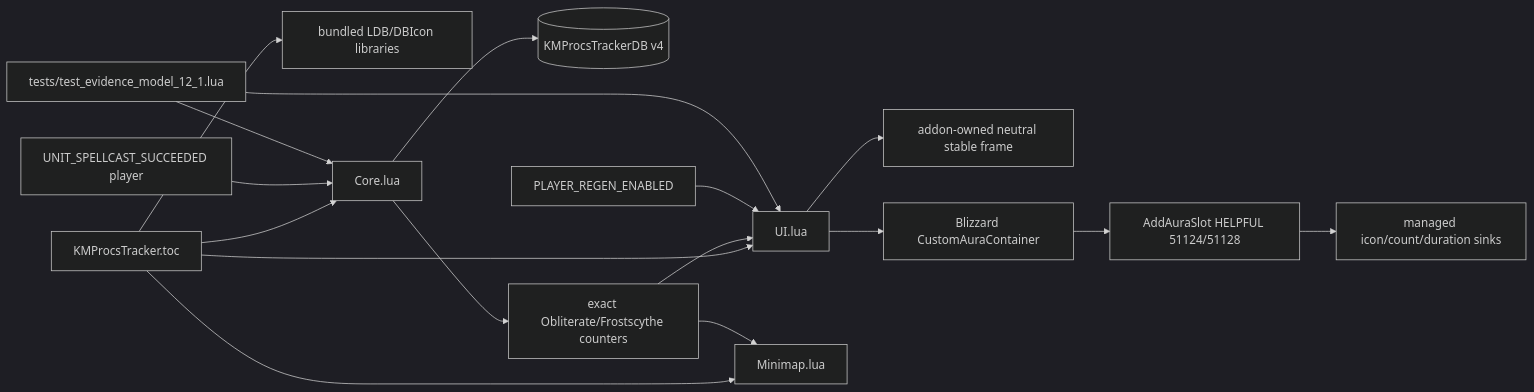
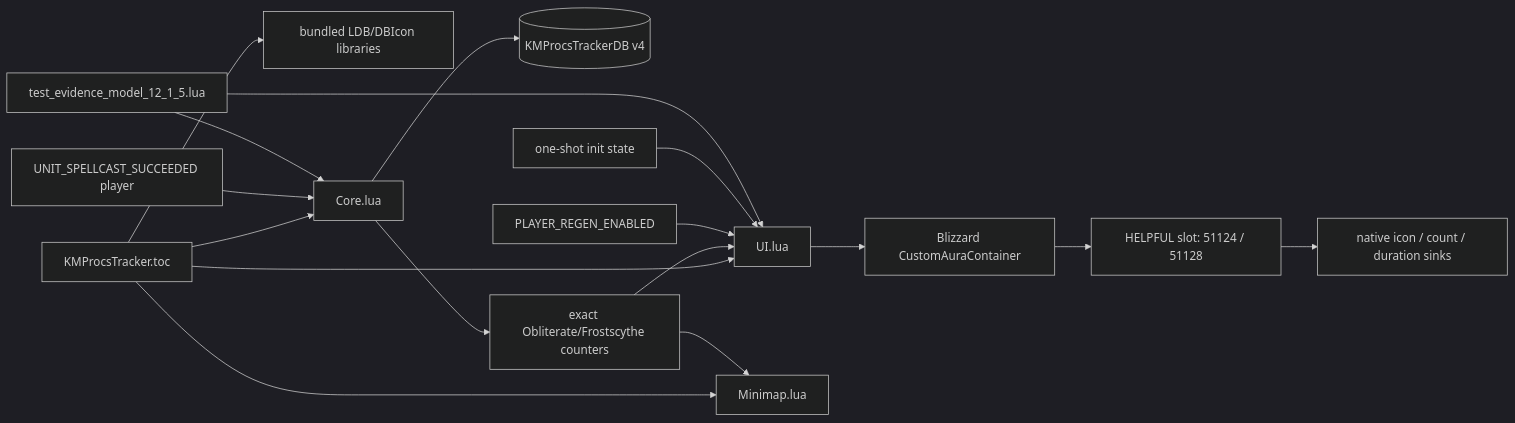
One commit to UnknownAlienHuman/km-procs-tracker changed the diagram in CODE_GRAPH.md. Above: the diagram before and after it, drawn with Mermaid (dark theme). The commit also changed other lines of this file and 10 other files, not shown here.

````diff
--- a/CODE_GRAPH.md
+++ b/CODE_GRAPH.md
@@ -3,19 +3,19 @@
 ```mermaid
 flowchart LR
   T["KMProcsTracker.toc"] --> L["bundled LDB/DBIcon libraries"]
   T --> C["Core.lua"]
   T --> U["UI.lua"]
   T --> M["Minimap.lua"]
   C --> DB[("KMProcsTrackerDB v4")]
   E["UNIT_SPELLCAST_SUCCEEDED player"] --> C
   C --> X["exact Obliterate/Frostscythe counters"]
   X --> U
   X --> M
-  U --> S["addon-owned neutral stable frame"]
   U --> A["Blizzard CustomAuraContainer"]
-  A --> AS["AddAuraSlot HELPFUL 51124/51128"]
-  AS --> D["managed icon/count/duration sinks"]
+  A --> S["HELPFUL slot: 51124 / 51128"]
+  S --> D["native icon / count / duration sinks"]
   R["PLAYER_REGEN_ENABLED"] --> U
-  Z["tests/test_evidence_model_12_1.lua"] --> C
+  F["one-shot init state"] --> U
+  Z["test_evidence_model_12_1_5.lua"] --> C
   Z --> U
 ```
````
